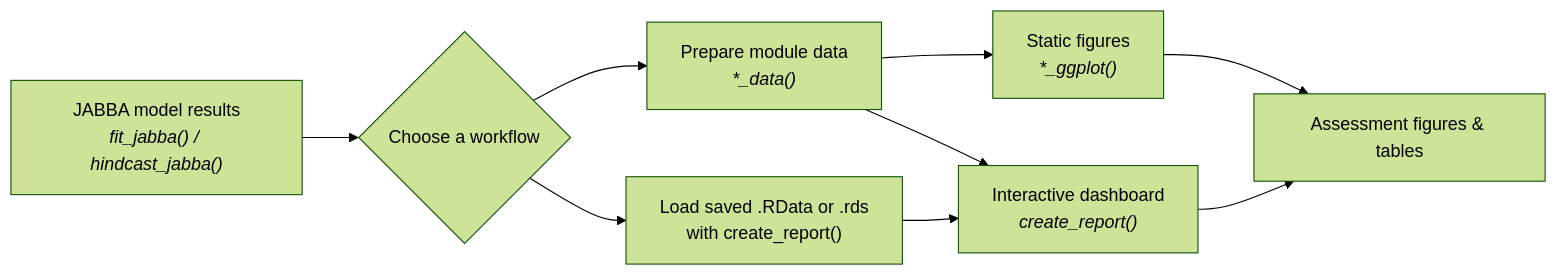
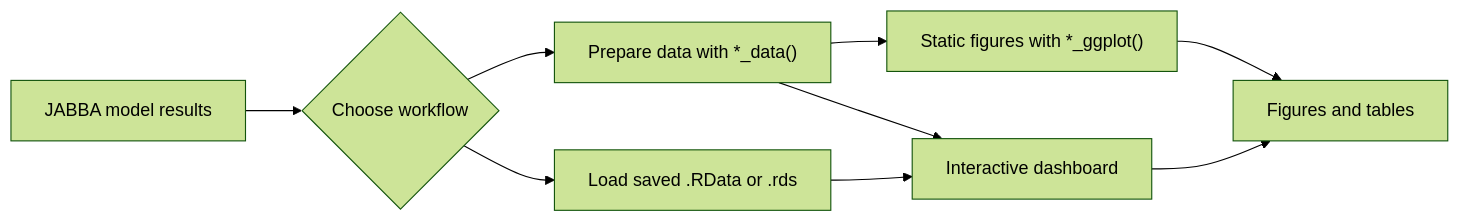
The diagram in README.md (UNIVALI-LEMA/JAGGview), drawn with Mermaid (forest theme) before and after one commit. The commit also changed other lines of this file, not shown here.

````diff
--- a/README.md
+++ b/README.md
@@ -45,11 +44,11 @@
 ```mermaid
 flowchart LR
-    A["JABBA model results<br/><i>fit_jabba() / hindcast_jabba()</i>"] --> B{"Choose a workflow"}
-    B --> C["Prepare module data<br/><i>*_data()</i>"]
-    B --> D["Load saved .RData or .rds<br/>with create_report()"]
-    C --> E["Static figures<br/><i>*_ggplot()</i>"]
-    C --> F["Interactive dashboard<br/><i>create_report()</i>"]
+    A["JABBA model results"] --> B{"Choose workflow"}
+    B --> C["Prepare data with *_data()"]
+    B --> D["Load saved .RData or .rds"]
+    C --> E["Static figures with *_ggplot()"]
+    C --> F["Interactive dashboard"]
     D --> F
-    E --> G["Assessment figures & tables"]
+    E --> G["Figures and tables"]
     F --> G
 ```
````
